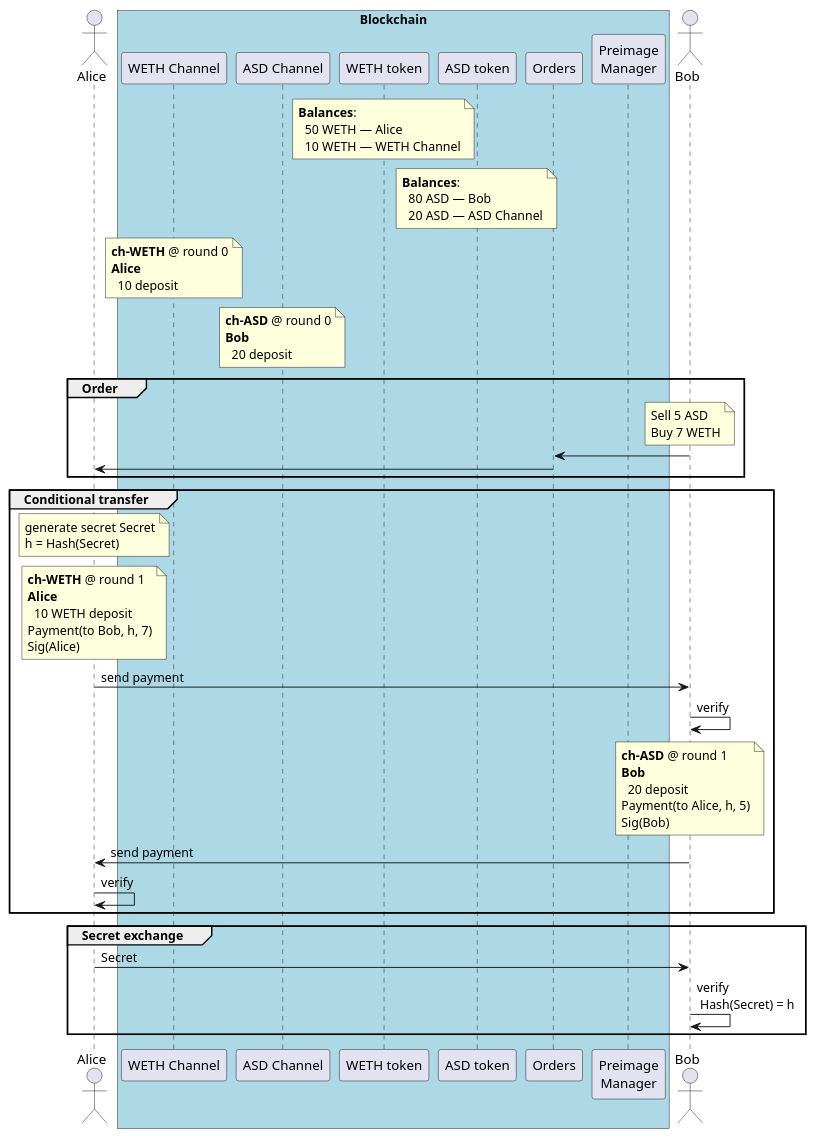
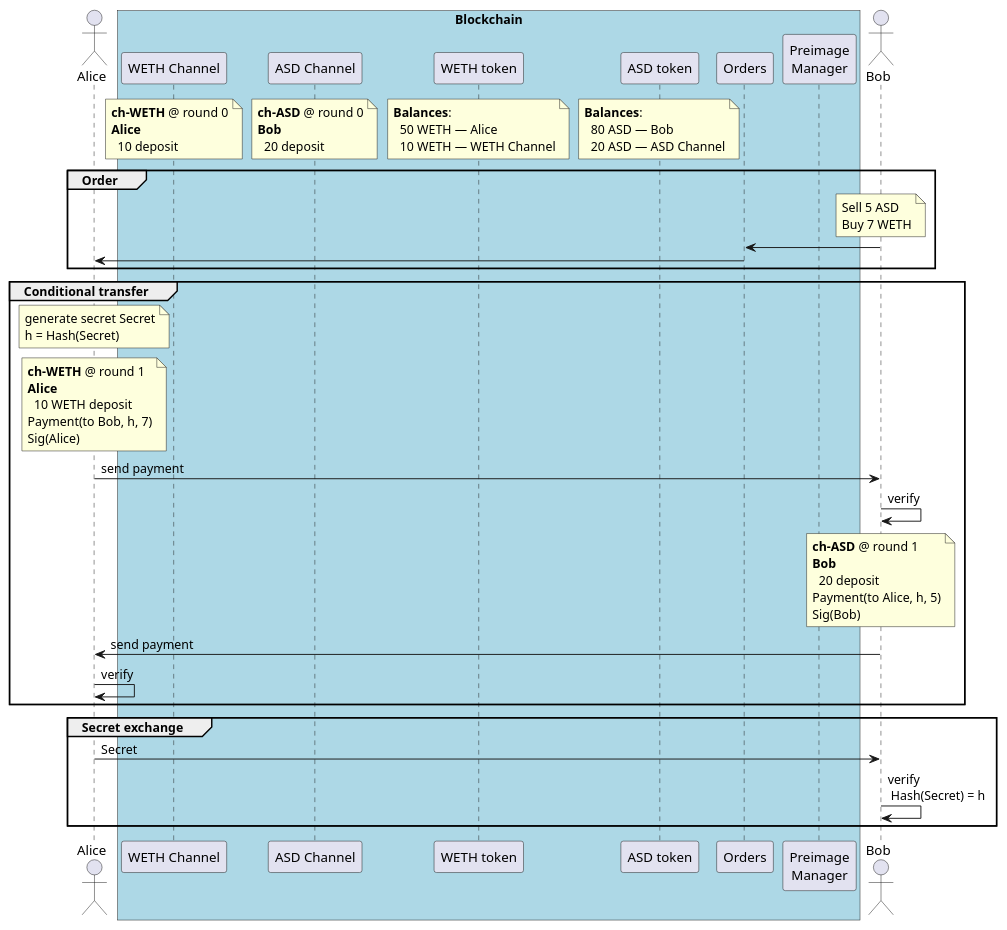
The diagram in src/state_channel/two-party-sprites-swap-setup.iuml (enumatech/cljs-abi-viewer), drawn with PlantUML before and after one commit. The commit also changed 1 other file, not shown here.

```diff
--- a/src/state_channel/two-party-sprites-swap-setup.iuml
+++ b/src/state_channel/two-party-sprites-swap-setup.iuml
@@ -1,42 +1,42 @@
 @startuml
 actor Alice as A
 
 box "Blockchain" #lightblue
     participant "WETH Channel" as wethch
     participant "ASD Channel" as asdch
     participant "WETH token" as weth
     participant "ASD token" as asd
     participant "Orders" as O
     participant "Preimage\nManager" as pm
     end box
 
 actor Bob as B
 
 note over weth: **Balances**:\n  50 WETH — Alice\n  10 WETH — WETH Channel
-note over asd: **Balances**:\n  80 ASD — Bob\n  20 ASD — ASD Channel
+/ note over asd: **Balances**:\n  80 ASD — Bob\n  20 ASD — ASD Channel
 
-note over wethch: **ch-WETH** @ round 0\n**Alice**\n  10 deposit
-note over asdch: **ch-ASD** @ round 0\n**Bob**\n  20 deposit
+/ note over wethch: **ch-WETH** @ round 0\n**Alice**\n  10 deposit
+/ note over asdch: **ch-ASD** @ round 0\n**Bob**\n  20 deposit
 
 group Order
     note over B: Sell 5 ASD\nBuy 7 WETH
     B -> O:
     O -> A:
 end
 
 group Conditional transfer
     note over A: generate secret Secret\nh = Hash(Secret)
     note over A: **ch-WETH** @ round 1\n**Alice**\n  10 WETH deposit\nPayment(to Bob, h, 7)\nSig(Alice)
     A -> B: send payment
     B -> B: verify
     note over B: **ch-ASD** @ round 1\n**Bob**\n  20 deposit\nPayment(to Alice, h, 5)\nSig(Bob)
     B -> A: send payment
     A -> A: verify
 end
 
 group Secret exchange
  A -> B: Secret
  B -> B: verify \n Hash(Secret) = h
 end
 
 @enduml
```
